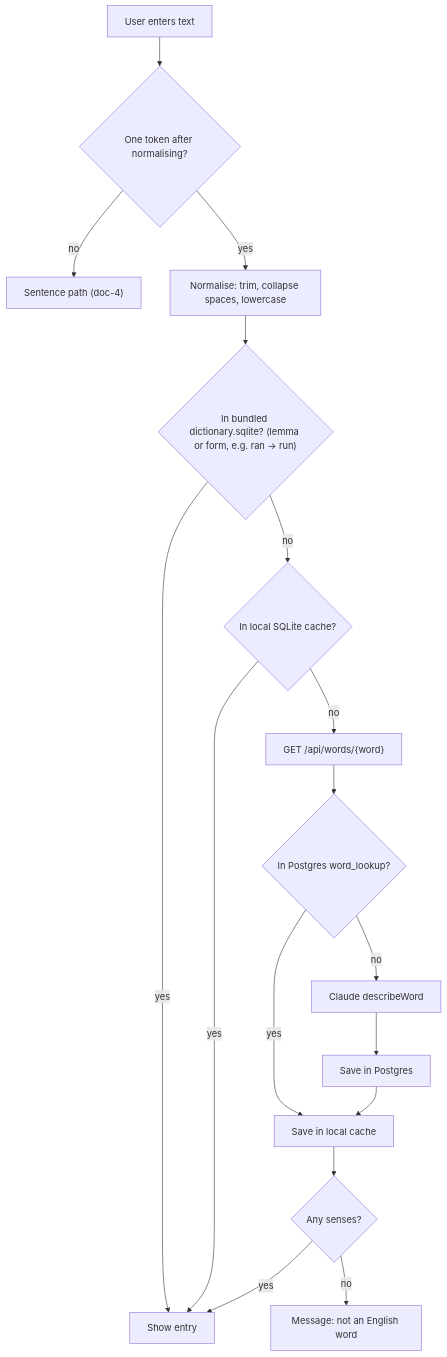
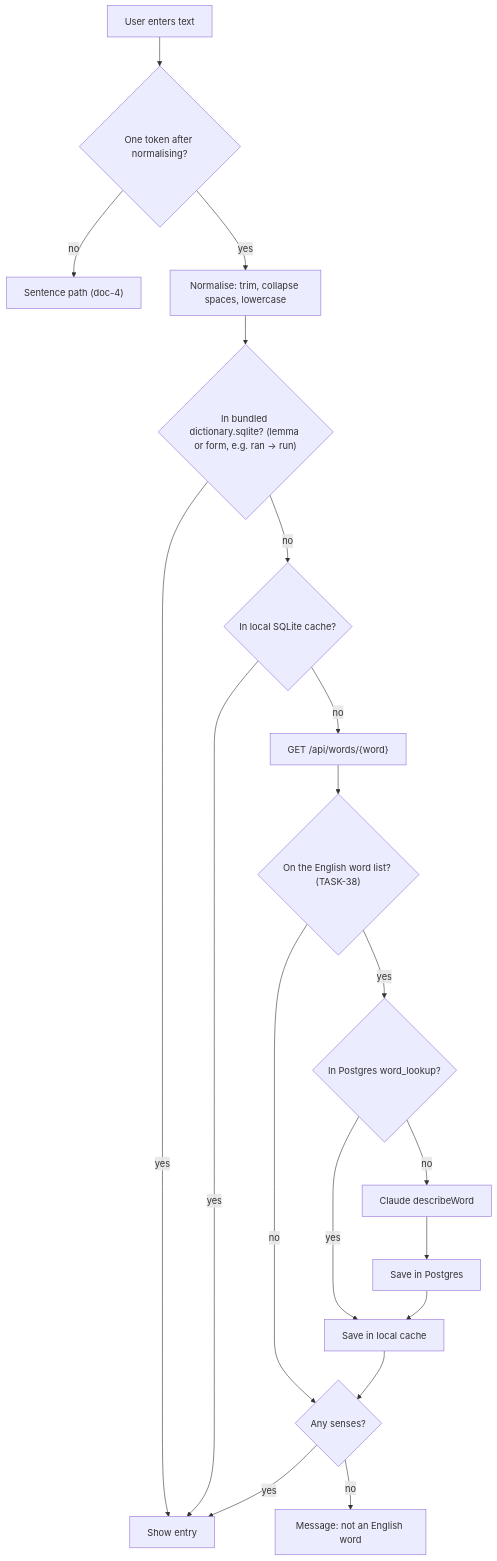
Before and after one commit to tranphuocloc070699/saynata: the first of 4 diagrams in backlog/docs/features/doc-5 - Word-lookup.md, drawn with Mermaid. The commit also changed other lines of this file and 14 other files, not shown here.

````diff
--- a/backlog/docs/features/doc-5 - Word-lookup.md
+++ b/backlog/docs/features/doc-5 - Word-lookup.md
@@ -21,17 +21,19 @@
 ```mermaid
 flowchart TD
     A["User enters text"] --> T{"One token after normalising?"}
     T -- "no" --> SENT["Sentence path (doc-4)"]
     T -- yes --> N["Normalise: trim, collapse spaces, lowercase"]
     N --> B{"In bundled dictionary.sqlite? (lemma or form, e.g. ran → run)"}
     B -- yes --> SHOW[Show entry]
     B -- no --> L{"In local SQLite cache?"}
     L -- yes --> SHOW
     L -- no --> API["GET /api/words/{word}"]
-    API --> PG{"In Postgres word_lookup?"}
+    API --> WL{"On the English word list? (TASK-38)"}
+    WL -- no --> EMPTY
+    WL -- yes --> PG{"In Postgres word_lookup?"}
     PG -- yes --> SAVE[Save in local cache]
     PG -- no --> CL[Claude describeWord] --> PGS[Save in Postgres] --> SAVE
     SAVE --> EMPTY{"Any senses?"}
     EMPTY -- yes --> SHOW
     EMPTY -- no --> NOTWORD["Message: not an English word"]
 ```
````
